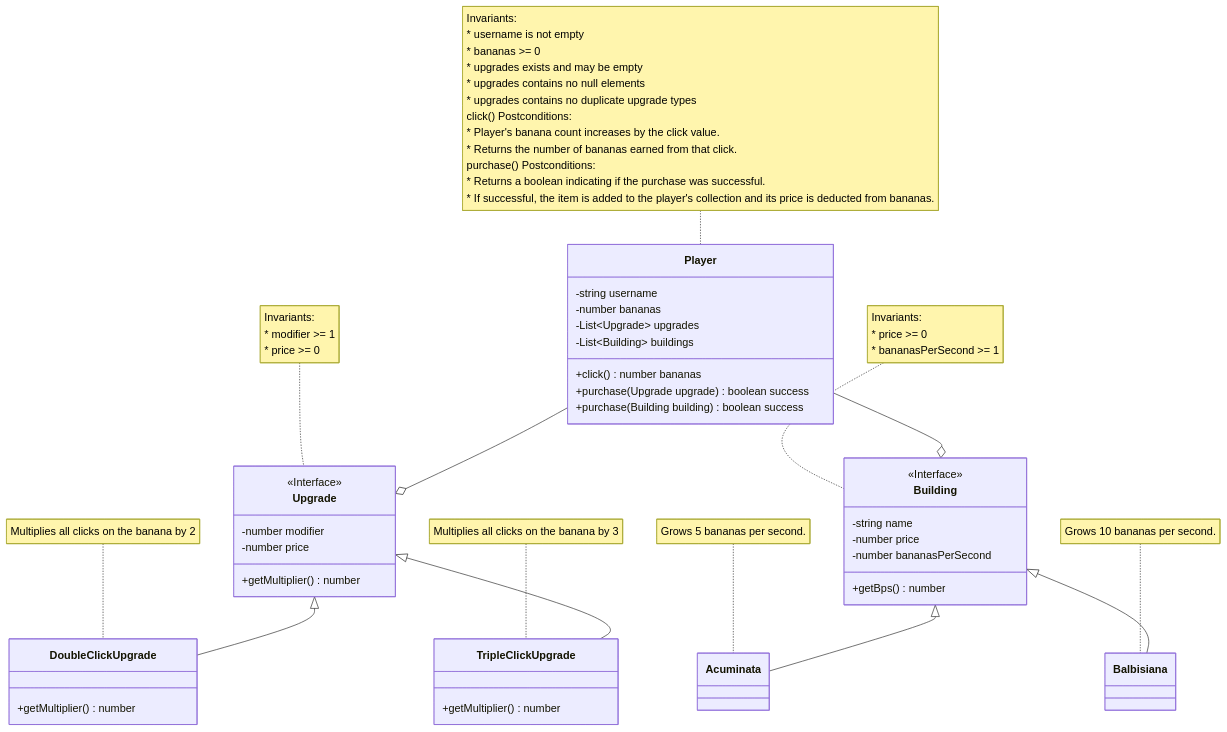
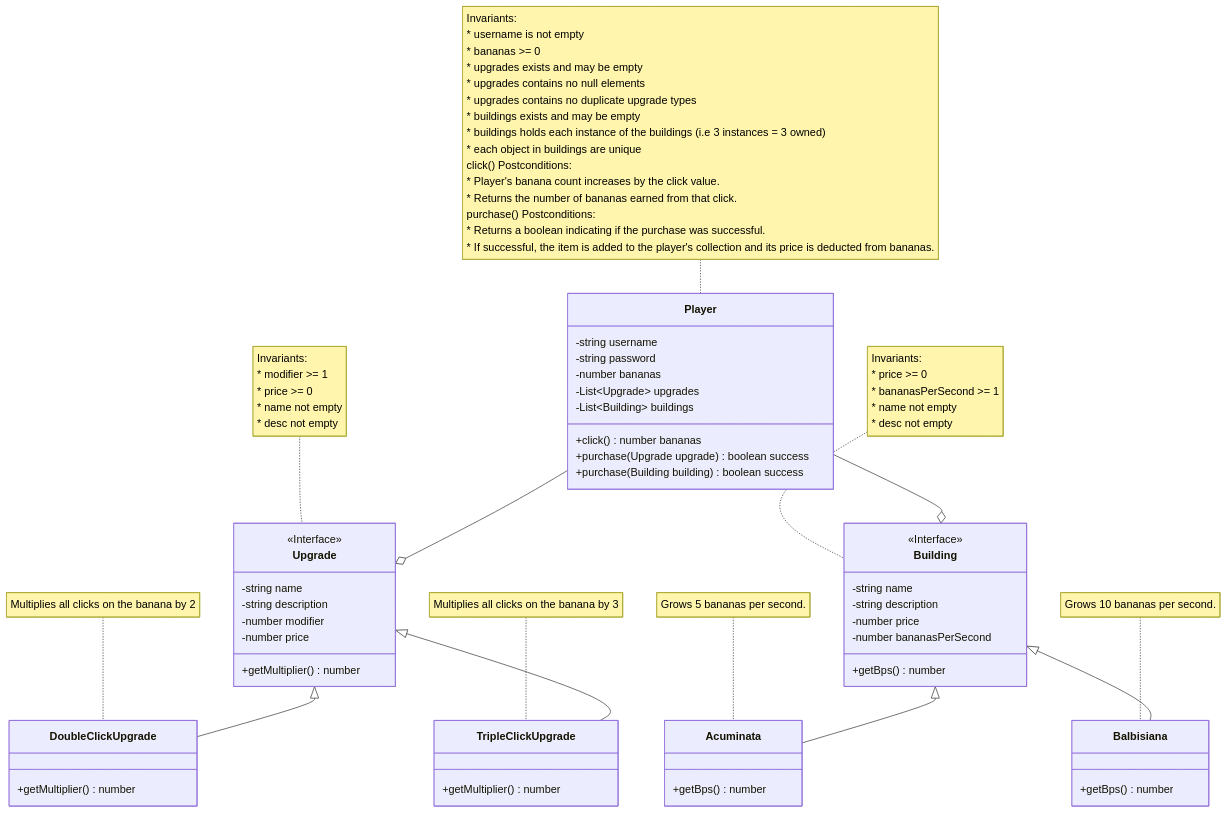
The diagram in domain.md (LiamMcCausland/Banana-Clicker), drawn with Mermaid before and after one commit. The commit also changed 1 other file, not shown here.

Commit message:
Changed sql to use ownership tables and changed domain to reflect that.

````diff
--- a/domain.md
+++ b/domain.md
@@ -9,70 +9,82 @@
 ```mermaid
 classDiagram
 class Player{
         -string username
+        -string password
         -number bananas
         -List~Upgrade~ upgrades
         -List~Building~ buildings
         +click() number bananas
         +purchase(Upgrade upgrade) boolean success
         +purchase(Building building) boolean success
     }
     note for Player "Invariants:
     * username is not empty
     * bananas >= 0
     * upgrades exists and may be empty
     * upgrades contains no null elements
     * upgrades contains no duplicate upgrade types
+    * buildings exists and may be empty
+    * buildings holds each instance of the buildings (i.e 3 instances = 3 owned)
+    * each object in buildings are unique
     click() Postconditions:
     * Player's banana count increases by the click value.
     * Returns the number of bananas earned from that click.
     purchase() Postconditions:
     * Returns a boolean indicating if the purchase was successful.
     * If successful, the item is added to the player's collection and its price is deducted from bananas.
     "
 class Upgrade {
 <<Interface>>
+        -string name
+        -string description
         -number modifier
         -number price
         +getMultiplier() number
     }
     note for Upgrade "Invariants:
     * modifier >= 1
     * price >= 0
+    * name not empty
+    * desc not empty
     "
 class DoubleClickUpgrade {
         +getMultiplier() number
     }
     note for DoubleClickUpgrade "Multiplies all clicks on the banana by 2"
 class TripleClickUpgrade {
         +getMultiplier() number
     }
     note for TripleClickUpgrade "Multiplies all clicks on the banana by 3"
 
 class Building {
 <<Interface>>
         -string name
+        -string description
         -number price
         -number bananasPerSecond
         +getBps() number
     }
     note for Building "Invariants:
     * price >= 0
     * bananasPerSecond >= 1
+    * name not empty
+    * desc not empty
     "
 class Acuminata {
-
+      +getBps() number
     }
     note for Acuminata "Grows 5 bananas per second."
 class Balbisiana {
 
+      +getBps() number
     }
     note for Balbisiana "Grows 10 bananas per second."
 
     Upgrade <|-- DoubleClickUpgrade
     Upgrade <|-- TripleClickUpgrade
     Building <|-- Acuminata
     Building <|-- Balbisiana
     Player --o Upgrade
     Player --o Building
 ```
````
